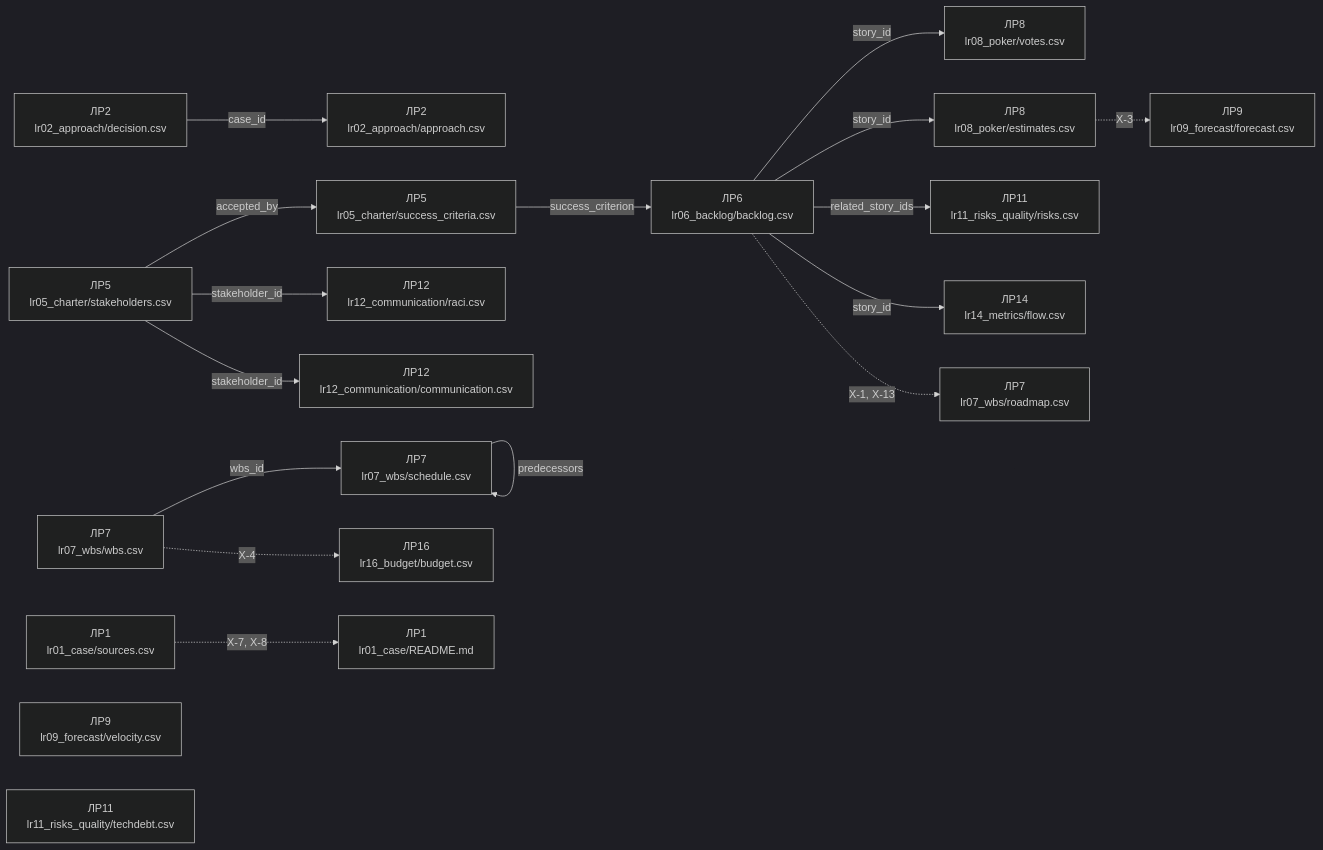
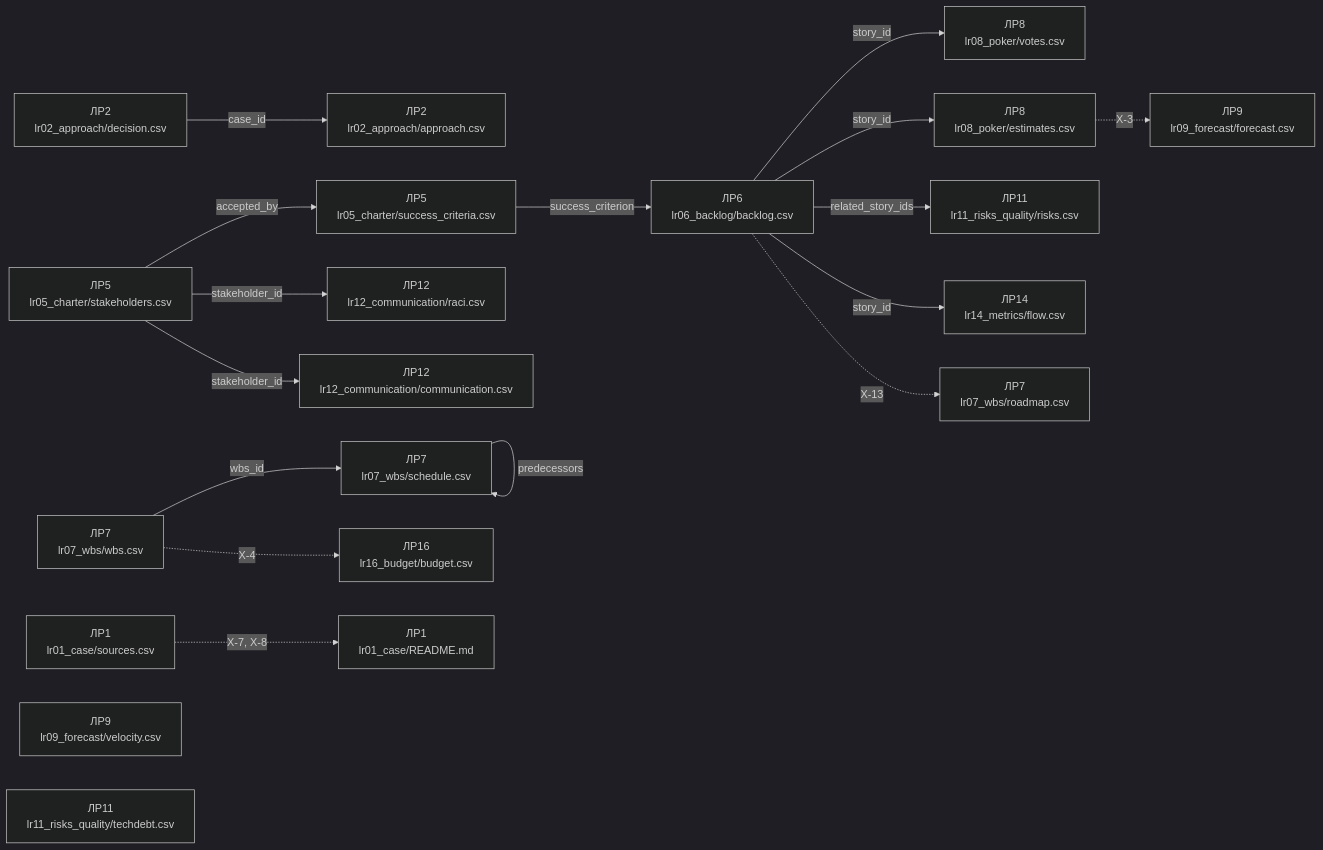
One commit to LyahovchukSergiy/pm-2026-template changed the diagram in tools/SCHEMAS.md. Above: the diagram before and after it, drawn with Mermaid (dark theme). The commit also changed other lines of this file and 9 other files, not shown here.

Commit message:
Sync template with artifact schema v1.8.0

````diff
--- a/tools/SCHEMAS.md
+++ b/tools/SCHEMAS.md
@@ -86,38 +86,38 @@
 ```mermaid
 flowchart LR
   lr01_case_sources_csv["ЛР1<br/>lr01_case/sources.csv"]
   lr02_approach_approach_csv["ЛР2<br/>lr02_approach/approach.csv"]
   lr02_approach_decision_csv["ЛР2<br/>lr02_approach/decision.csv"]
   lr05_charter_stakeholders_csv["ЛР5<br/>lr05_charter/stakeholders.csv"]
   lr05_charter_success_criteria_csv["ЛР5<br/>lr05_charter/success_criteria.csv"]
   lr06_backlog_backlog_csv["ЛР6<br/>lr06_backlog/backlog.csv"]
   lr07_wbs_wbs_csv["ЛР7<br/>lr07_wbs/wbs.csv"]
   lr07_wbs_schedule_csv["ЛР7<br/>lr07_wbs/schedule.csv"]
   lr07_wbs_roadmap_csv["ЛР7<br/>lr07_wbs/roadmap.csv"]
   lr08_poker_votes_csv["ЛР8<br/>lr08_poker/votes.csv"]
   lr08_poker_estimates_csv["ЛР8<br/>lr08_poker/estimates.csv"]
   lr09_forecast_velocity_csv["ЛР9<br/>lr09_forecast/velocity.csv"]
   lr09_forecast_forecast_csv["ЛР9<br/>lr09_forecast/forecast.csv"]
   lr11_risks_quality_risks_csv["ЛР11<br/>lr11_risks_quality/risks.csv"]
   lr11_risks_quality_techdebt_csv["ЛР11<br/>lr11_risks_quality/techdebt.csv"]
   lr12_communication_raci_csv["ЛР12<br/>lr12_communication/raci.csv"]
   lr12_communication_communication_csv["ЛР12<br/>lr12_communication/communication.csv"]
   lr14_metrics_flow_csv["ЛР14<br/>lr14_metrics/flow.csv"]
   lr16_budget_budget_csv["ЛР16<br/>lr16_budget/budget.csv"]
   lr01_case_README_md["ЛР1<br/>lr01_case/README.md"]
   lr02_approach_decision_csv -->|case_id| lr02_approach_approach_csv
   lr05_charter_stakeholders_csv -->|accepted_by| lr05_charter_success_criteria_csv
   lr05_charter_success_criteria_csv -->|success_criterion| lr06_backlog_backlog_csv
   lr07_wbs_wbs_csv -->|wbs_id| lr07_wbs_schedule_csv
   lr07_wbs_schedule_csv -->|predecessors| lr07_wbs_schedule_csv
   lr06_backlog_backlog_csv -->|story_id| lr08_poker_votes_csv
   lr06_backlog_backlog_csv -->|story_id| lr08_poker_estimates_csv
   lr06_backlog_backlog_csv -->|related_story_ids| lr11_risks_quality_risks_csv
   lr05_charter_stakeholders_csv -->|stakeholder_id| lr12_communication_raci_csv
   lr05_charter_stakeholders_csv -->|stakeholder_id| lr12_communication_communication_csv
   lr06_backlog_backlog_csv -->|story_id| lr14_metrics_flow_csv
   lr01_case_sources_csv -.->|X-7, X-8| lr01_case_README_md
-  lr06_backlog_backlog_csv -.->|X-1, X-13| lr07_wbs_roadmap_csv
+  lr06_backlog_backlog_csv -.->|X-13| lr07_wbs_roadmap_csv
   lr07_wbs_wbs_csv -.->|X-4| lr16_budget_budget_csv
   lr08_poker_estimates_csv -.->|X-3| lr09_forecast_forecast_csv
 ```
````
